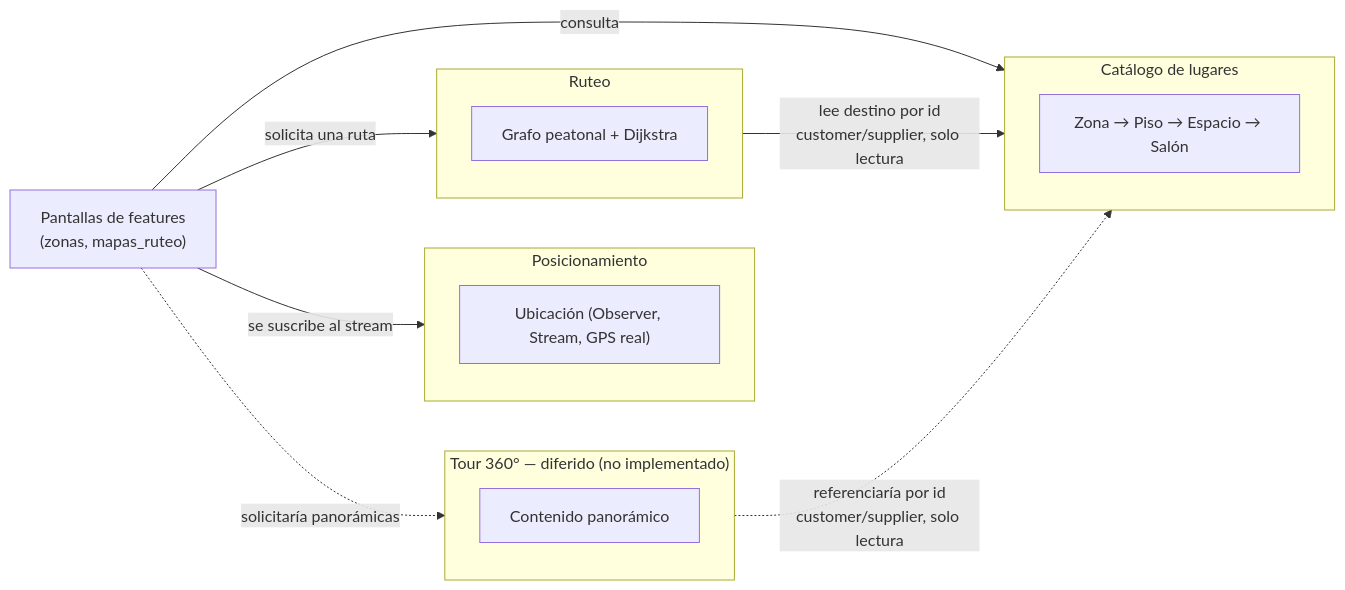
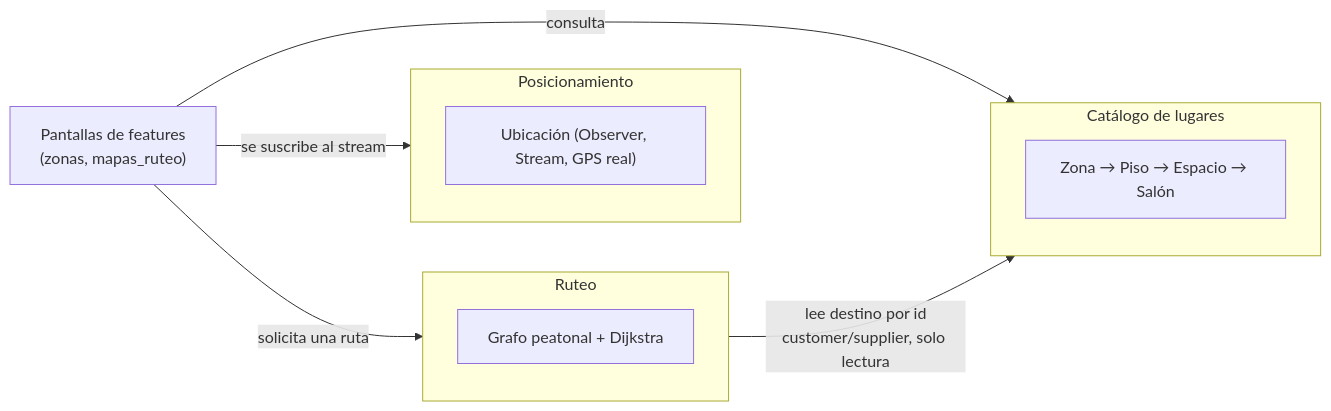
Before and after one commit to ISCOUTB/AS_202620_mapsutb: the diagram in docs/arc42/08_concepts.adoc, drawn with Mermaid. The commit also changed other lines of this file and 11 other files, not shown here.

```diff
--- a/docs/arc42/08_concepts.adoc
+++ b/docs/arc42/08_concepts.adoc
@@ -12,32 +12,26 @@
 [mermaid]
 ....
 flowchart LR
     UI["Pantallas de features<br/>(zonas, mapas_ruteo)"]
 
     subgraph CAT["Catálogo de lugares"]
         direction TB
         CATM["Zona → Piso → Espacio → Salón"]
     end
 
     subgraph POS["Posicionamiento"]
         direction TB
         POSM["Ubicación (Observer, Stream, GPS real)"]
     end
 
     subgraph RUT["Ruteo"]
         direction TB
         RUTM["Grafo peatonal + Dijkstra"]
     end
 
-    subgraph TUR["Tour 360° — diferido (no implementado)"]
-        direction TB
-        TURM["Contenido panorámico"]
-    end
 
     UI -->|consulta| CAT
     UI -->|se suscribe al stream| POS
     UI -->|solicita una ruta| RUT
-    UI -.->|solicitaría panorámicas| TUR
     RUT -->|lee destino por id<br/>customer/supplier, solo lectura| CAT
-    TUR -.->|referenciaría por id<br/>customer/supplier, solo lectura| CAT
 ....
```
